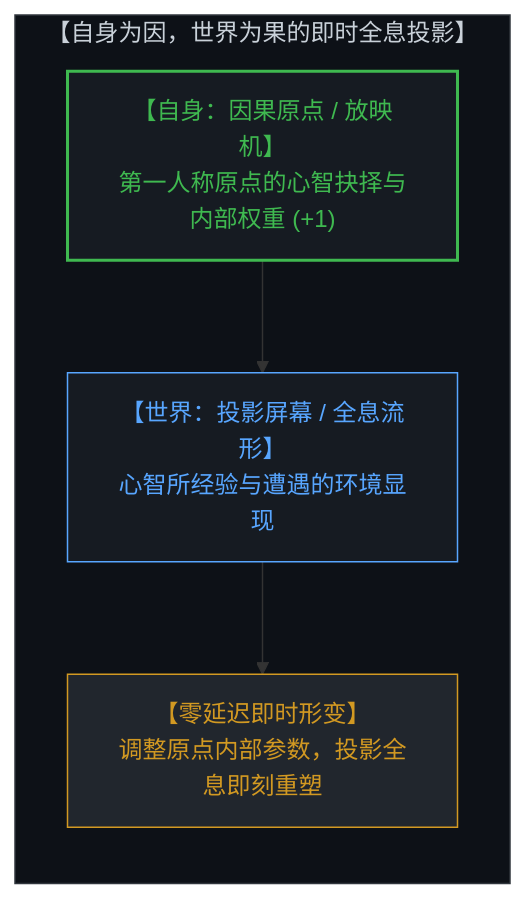
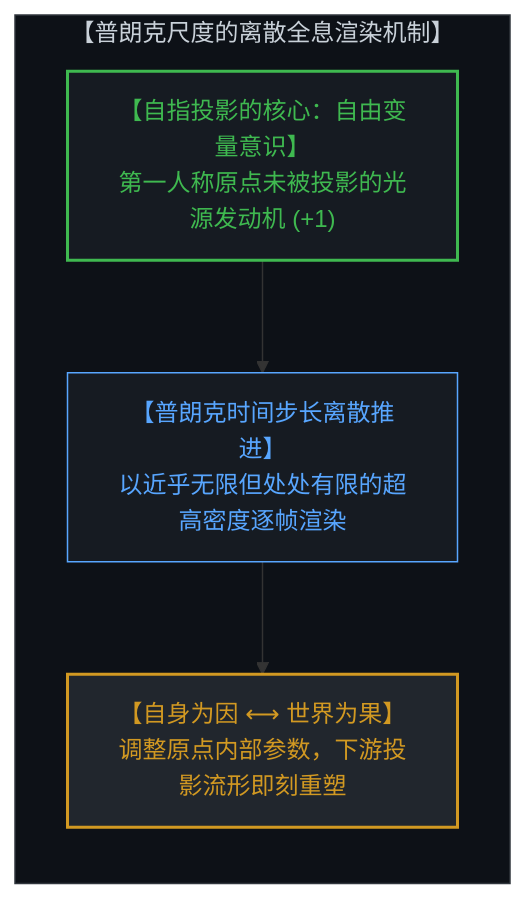
One commit to powerpig99/not-a-toe changed the eighth of 10 diagrams in content/posts/the-geometry-of-the-cut.md. Above: the diagram before and after it, drawn with Mermaid. The commit also changed other lines of this file and 3 other files, not shown here.

Commit message:
Refine Post 309: Self-referential projection and Planck-scale discrete rendering

````diff
--- a/content/posts/the-geometry-of-the-cut.md
+++ b/content/posts/the-geometry-of-the-cut.md
@@ -204,15 +205,18 @@
 ```mermaid
 graph TD
-    subgraph GenerativeHologram["【自身为因，世界为果的即时全息投影】"]
+    subgraph DiscreteRendering["【普朗克尺度的离散全息渲染机制】"]
         direction TB
-        SelfCause["【自身：因果原点 / 放映机】<br>第一人称原点的心智抉择与内部权重 (+1)"]
-        WorldEffect["【世界：投影屏幕 / 全息流形】<br>心智所经验与遭遇的环境显现"]
-        InstantaneousDeform["【零延迟即时形变】<br>调整原点内部参数，投影全息即刻重塑"]
-        SelfCause --> WorldEffect
-        WorldEffect --> InstantaneousDeform
+        FreeVariableCenter["【自指投影的核心：自由变量意识】<br>第一人称原点未被投影的光源发动机 (+1)"]
+        
+        PlanckStream["【普朗克时间步长离散推进】<br>以近乎无限但处处有限的超高密度逐帧渲染"]
+        
+        SelfCauseWorldEffect["【自身为因 ⟷ 世界为果】<br>调整原点内部参数，下游投影流形即刻重塑"]
+        
+        FreeVariableCenter --> PlanckStream
+        PlanckStream --> SelfCauseWorldEffect
     end
-    style GenerativeHologram fill:#0d1117,stroke:#30363d,stroke-width:1px,color:#c9d1d9
-    style SelfCause fill:#161b22,stroke:#3fb950,stroke-width:2px,color:#3fb950
-    style WorldEffect fill:#161b22,stroke:#58a6ff,stroke-width:1px,color:#58a6ff
-    style InstantaneousDeform fill:#21262d,stroke:#d29922,color:#d29922
+    style DiscreteRendering fill:#0d1117,stroke:#30363d,stroke-width:1px,color:#c9d1d9
+    style FreeVariableCenter fill:#161b22,stroke:#3fb950,stroke-width:2px,color:#3fb950
+    style PlanckStream fill:#161b22,stroke:#58a6ff,stroke-width:1px,color:#58a6ff
+    style SelfCauseWorldEffect fill:#21262d,stroke:#d29922,stroke-width:2px,color:#d29922
 ```
````
